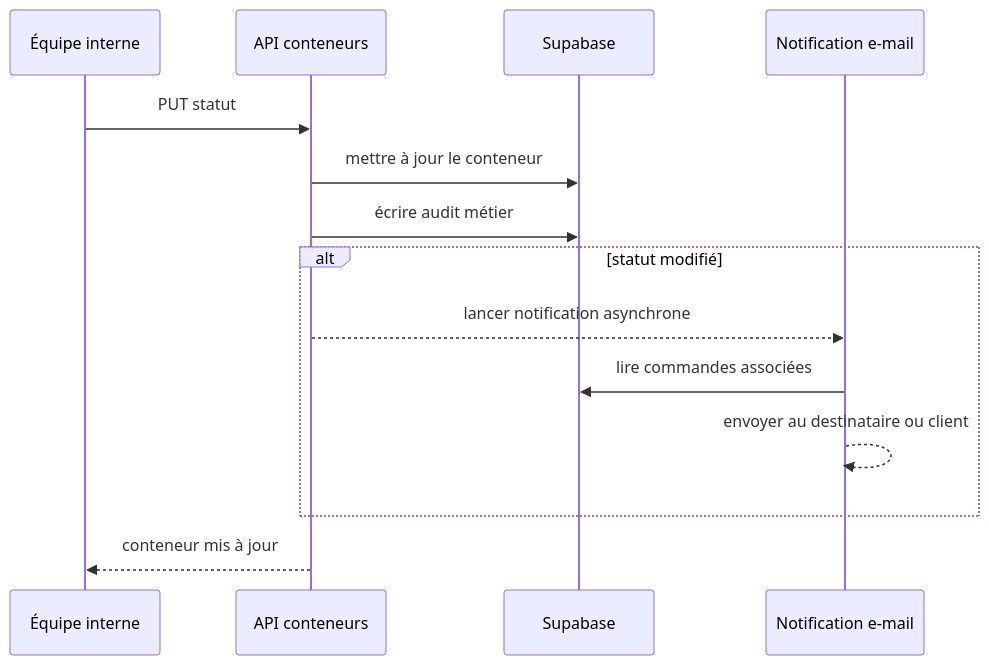
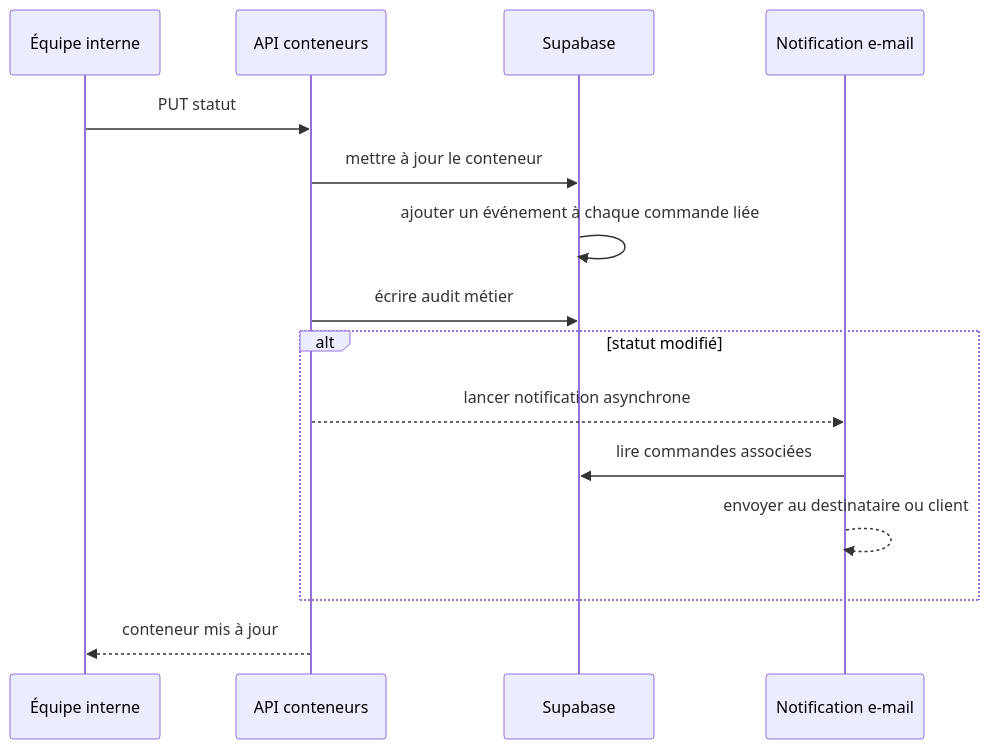
One commit to LordVERTON/danemo-website changed the diagram in docs/workflows/03-conteneur-et-statut.md. Above: the diagram before and after it, drawn with Mermaid. The commit also changed other lines of this file and 3 other files, not shown here.

````diff
--- a/docs/workflows/03-conteneur-et-statut.md
+++ b/docs/workflows/03-conteneur-et-statut.md
@@ -30,16 +31,17 @@
 ```mermaid
 sequenceDiagram
   participant S as Équipe interne
   participant API as API conteneurs
   participant DB as Supabase
   participant N as Notification e-mail
   S->>API: PUT statut
   API->>DB: mettre à jour le conteneur
+  DB->>DB: ajouter un événement à chaque commande liée
   API->>DB: écrire audit métier
   alt statut modifié
     API-->>N: lancer notification asynchrone
     N->>DB: lire commandes associées
     N-->>N: envoyer au destinataire ou client
   end
   API-->>S: conteneur mis à jour
 ```
````
